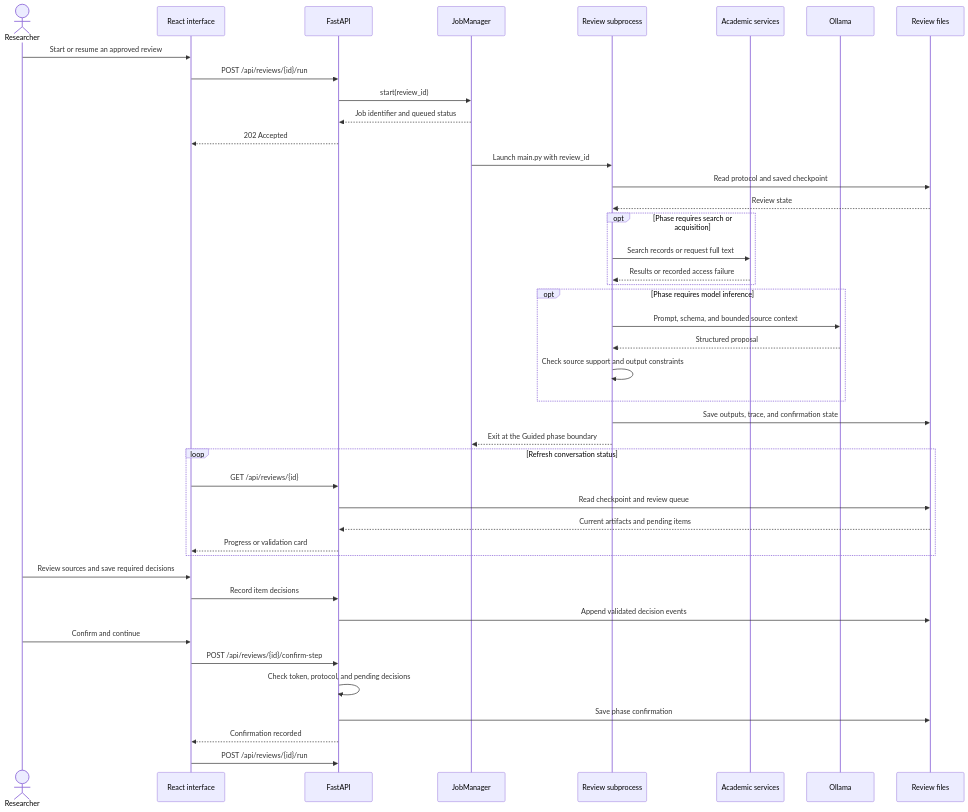
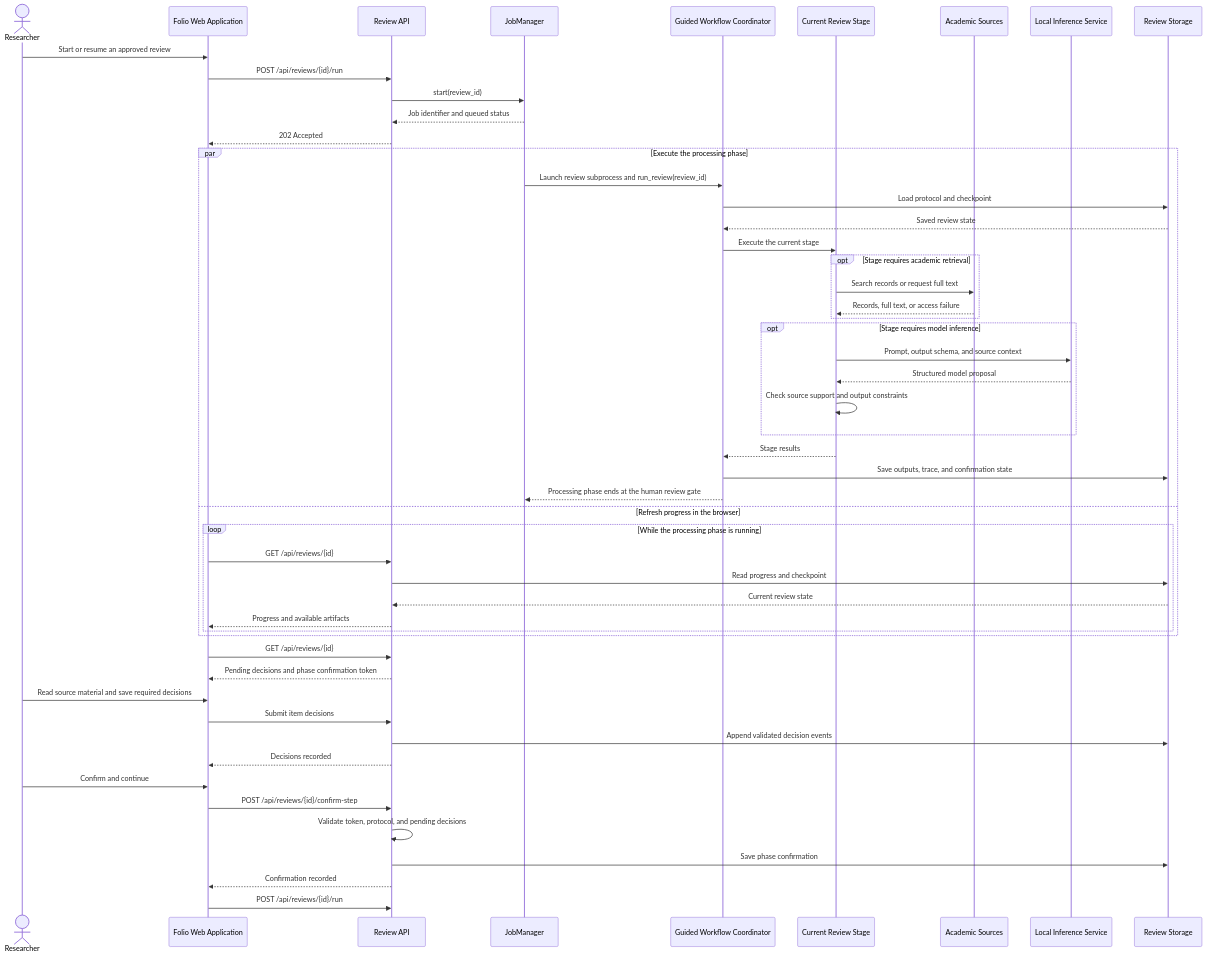
The fifth of 7 diagrams in README.md (Loubnaelghazi/Agentic-AI-Pipeline-for-Systematic-Reviews-on-Any-Given-Topic-End-to-End-Project), drawn with Mermaid before and after one commit. The commit also changed other lines of this file, not shown here.

Commit message:
Clarify sequence diagram with implemented component lifelines

````diff
--- a/README.md
+++ b/README.md
@@ -334,46 +336,55 @@
 ```mermaid
 sequenceDiagram
     actor Researcher
-    participant UI as React interface
-    participant API as FastAPI
+    participant WebApp as Folio Web Application
+    participant ReviewAPI as Review API
     participant Jobs as JobManager
-    participant Worker as Review subprocess
-    participant Sources as Academic services
-    participant Model as Ollama
-    participant Store as Review files
+    participant Workflow as Guided Workflow Coordinator
+    participant Stage as Current Review Stage
+    participant Sources as Academic Sources
+    participant Inference as Local Inference Service
+    participant Storage as Review Storage
 
-    Researcher->>UI: Start or resume an approved review
-    UI->>API: POST /api/reviews/{id}/run
-    API->>Jobs: start(review_id)
-    Jobs-->>API: Job identifier and queued status
-    API-->>UI: 202 Accepted
-    Jobs->>Worker: Launch main.py with review_id
-    Worker->>Store: Read protocol and saved checkpoint
-    Store-->>Worker: Review state
-    opt Phase requires search or acquisition
-        Worker->>Sources: Search records or request full text
-        Sources-->>Worker: Results or recorded access failure
+    Researcher->>WebApp: Start or resume an approved review
+    WebApp->>ReviewAPI: POST /api/reviews/{id}/run
+    ReviewAPI->>Jobs: start(review_id)
+    Jobs-->>ReviewAPI: Job identifier and queued status
+    ReviewAPI-->>WebApp: 202 Accepted
+    par Execute the processing phase
+        Jobs->>Workflow: Launch review subprocess and run_review(review_id)
+        Workflow->>Storage: Load protocol and checkpoint
+        Storage-->>Workflow: Saved review state
+        Workflow->>Stage: Execute the current stage
+        opt Stage requires academic retrieval
+            Stage->>Sources: Search records or request full text
+            Sources-->>Stage: Records, full text, or access failure
+        end
+        opt Stage requires model inference
+            Stage->>Inference: Prompt, output schema, and source context
+            Inference-->>Stage: Structured model proposal
+            Stage->>Stage: Check source support and output constraints
+        end
+        Stage-->>Workflow: Stage results
+        Workflow->>Storage: Save outputs, trace, and confirmation state
+        Workflow-->>Jobs: Processing phase ends at the human review gate
+    and Refresh progress in the browser
+        loop While the processing phase is running
+            WebApp->>ReviewAPI: GET /api/reviews/{id}
+            ReviewAPI->>Storage: Read progress and checkpoint
+            Storage-->>ReviewAPI: Current review state
+            ReviewAPI-->>WebApp: Progress and available artifacts
+        end
     end
-    opt Phase requires model inference
-        Worker->>Model: Prompt, schema, and bounded source context
-        Model-->>Worker: Structured proposal
-        Worker->>Worker: Check source support and output constraints
-    end
-    Worker->>Store: Save outputs, trace, and confirmation state
-    Worker-->>Jobs: Exit at the Guided phase boundary
-    loop Refresh conversation status
-        UI->>API: GET /api/reviews/{id}
-        API->>Store: Read checkpoint and review queue
-        Store-->>API: Current artifacts and pending items
-        API-->>UI: Progress or validation card
-    end
-    Researcher->>UI: Review sources and save required decisions
-    UI->>API: Record item decisions
-    API->>Store: Append validated decision events
-    Researcher->>UI: Confirm and continue
-    UI->>API: POST /api/reviews/{id}/confirm-step
-    API->>API: Check token, protocol, and pending decisions
-    API->>Store: Save phase confirmation
-    API-->>UI: Confirmation recorded
-    UI->>API: POST /api/reviews/{id}/run
+    WebApp->>ReviewAPI: GET /api/reviews/{id}
+    ReviewAPI-->>WebApp: Pending decisions and phase confirmation token
+    Researcher->>WebApp: Read source material and save required decisions
+    WebApp->>ReviewAPI: Submit item decisions
+    ReviewAPI->>Storage: Append validated decision events
+    ReviewAPI-->>WebApp: Decisions recorded
+    Researcher->>WebApp: Confirm and continue
+    WebApp->>ReviewAPI: POST /api/reviews/{id}/confirm-step
+    ReviewAPI->>ReviewAPI: Validate token, protocol, and pending decisions
+    ReviewAPI->>Storage: Save phase confirmation
+    ReviewAPI-->>WebApp: Confirmation recorded
+    WebApp->>ReviewAPI: POST /api/reviews/{id}/run
 ```
````
